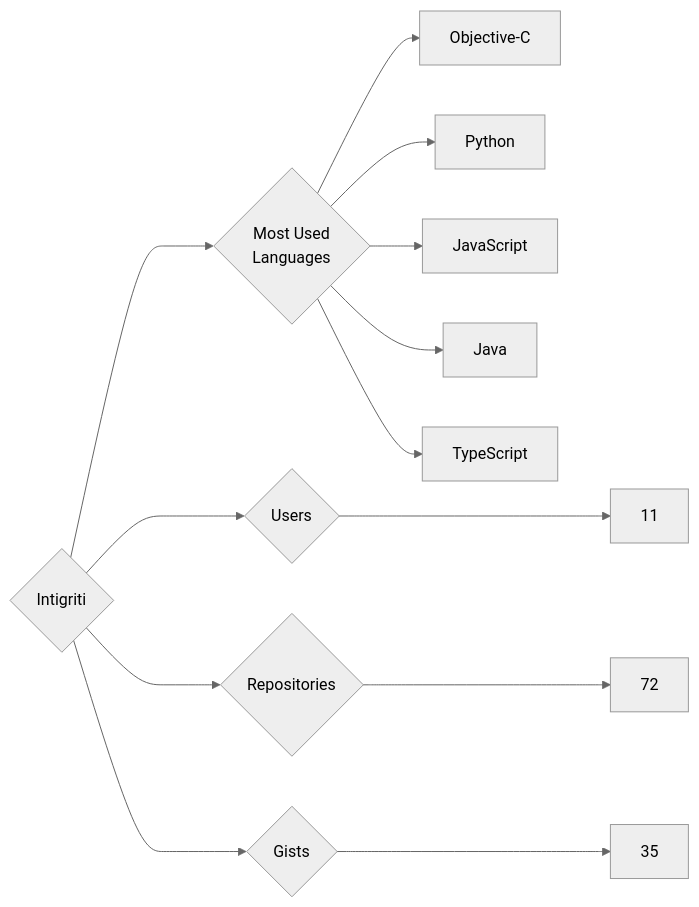
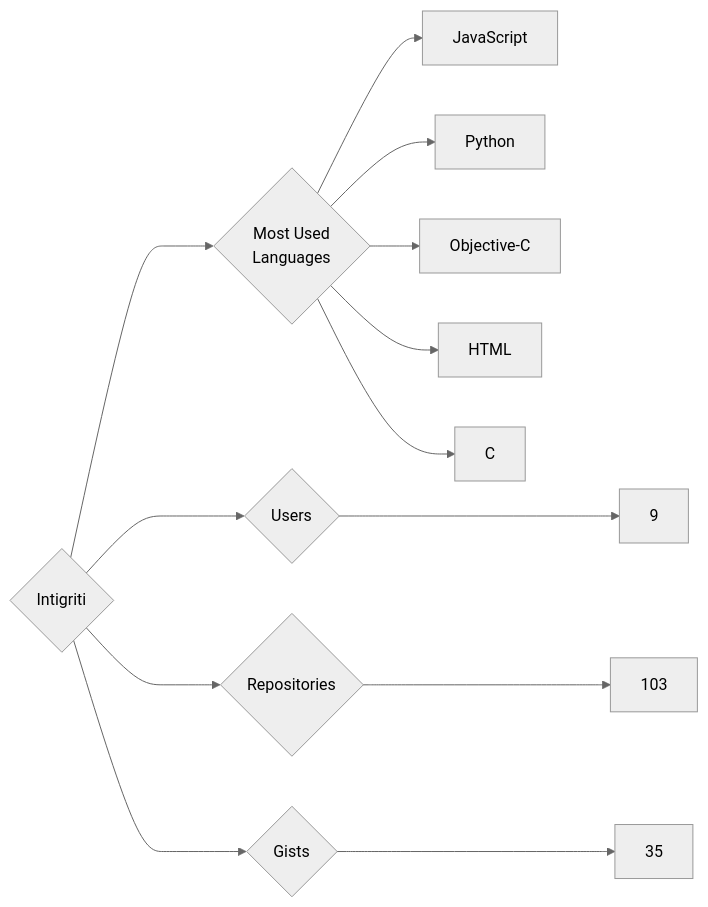
The diagram in targets/Intigriti/README.md (trickest/insiders), drawn with Mermaid (neutral theme) before and after one commit. The commit also changed 640 other files, not shown here.

````diff
--- a/targets/Intigriti/README.md
+++ b/targets/Intigriti/README.md
@@ -3,13 +3,13 @@
 ```mermaid
 graph LR
 COMPANY_NAME{Intigriti}
-COMPANY_NAME ---> U{Users} ---> UN[11]
-COMPANY_NAME ---> R{Repositories} ---> RN[72]
+COMPANY_NAME ---> U{Users} ---> UN[9]
+COMPANY_NAME ---> R{Repositories} ---> RN[103]
 COMPANY_NAME ---> G{Gists} ---> GN[35]
 COMPANY_NAME ---> ML{Most Used<br>Languages}
+ML --> JavaScript[JavaScript]
+ML --> Python[Python]
 ML --> Objective-C[Objective-C]
-ML --> Python[Python]
-ML --> JavaScript[JavaScript]
-ML --> Java[Java]
-ML --> TypeScript[TypeScript]
+ML --> HTML[HTML]
+ML --> C[C]
 ```
````
